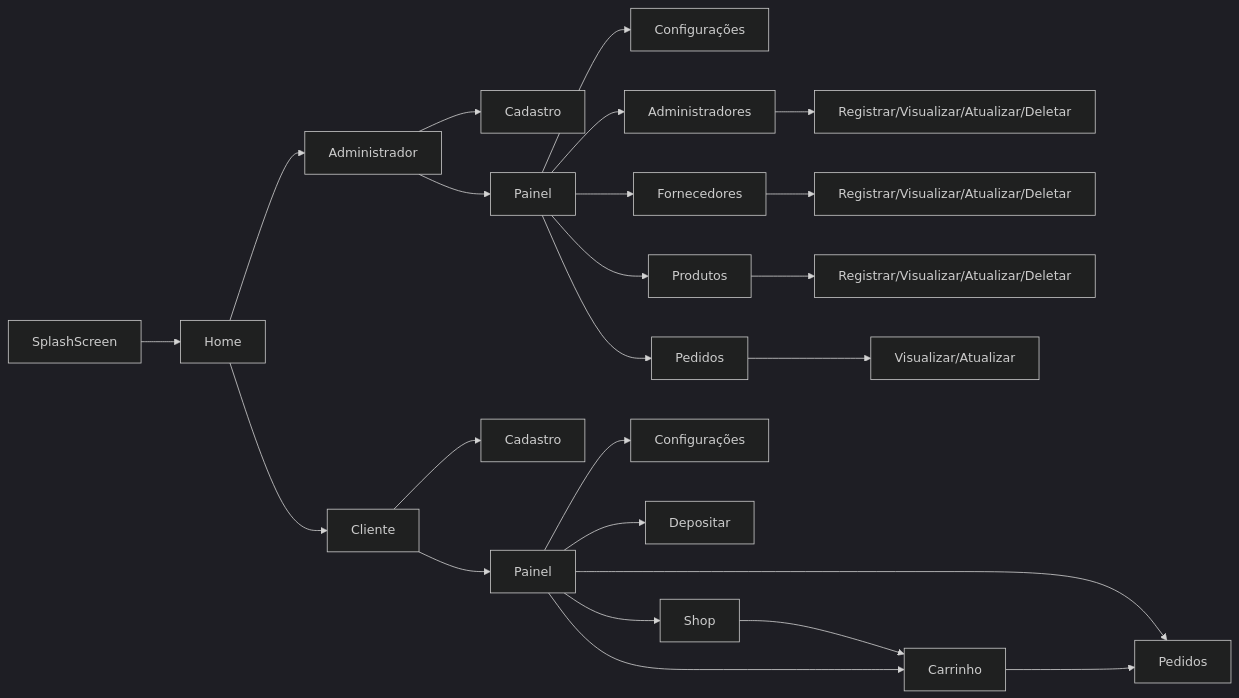
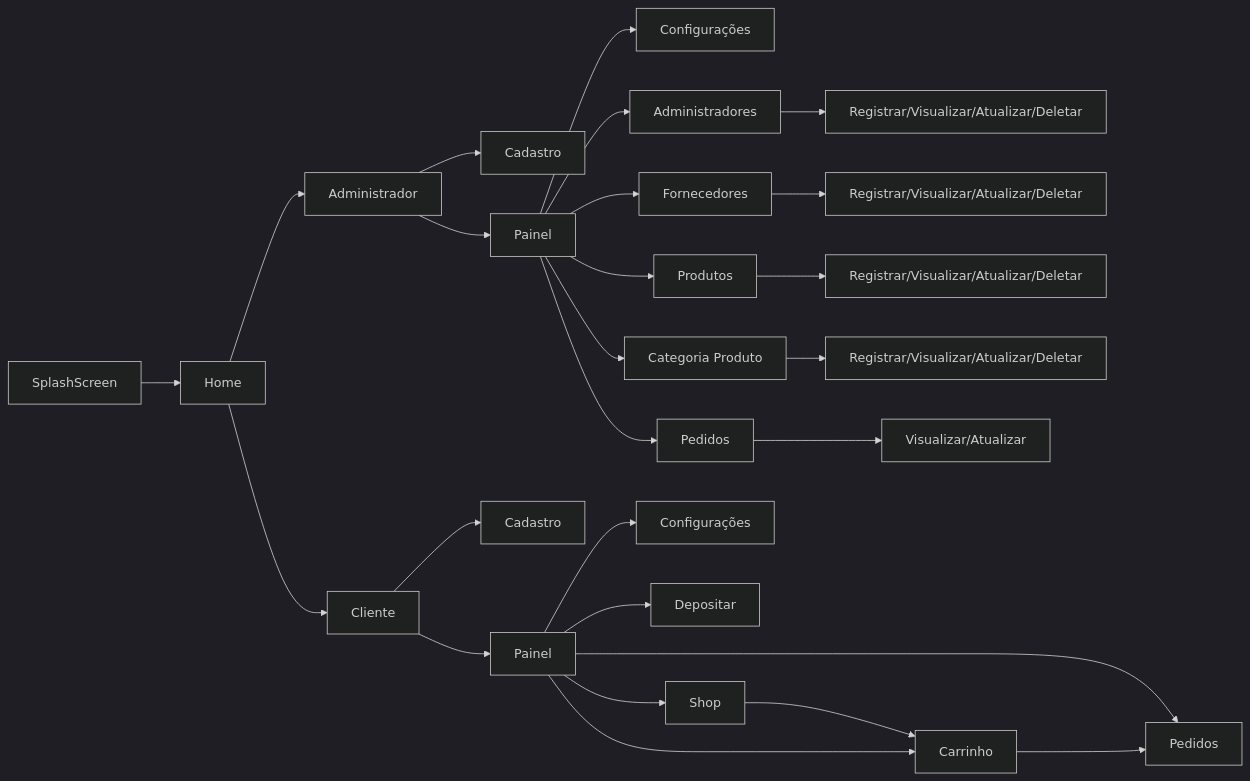
Before and after one commit to WhitePoodleMoth/TrendStyle: the diagram in Diagram/FLOWCHART.mermaid, drawn with Mermaid (dark theme).

```diff
--- a/Diagram/FLOWCHART.mermaid
+++ b/Diagram/FLOWCHART.mermaid
@@ -1,35 +1,38 @@
 graph LR
     splash[SplashScreen] --> home[Home]
 
     home --> admin[Administrador]
     home --> client[Cliente]
     
     admin --> admin_register[Cadastro]
 
     admin --> admin_panel[Painel]
 
     admin_panel --> admin_config[Configurações]
     admin_panel --> admin_admin[Administradores]
     admin_panel --> admin_vendor[Fornecedores]
     admin_panel --> admin_products[Produtos]
+    admin_panel --> admin_category[Categoria Produto]
     admin_panel --> admin_order[Pedidos]
     
     admin_admin --> admin_admin_manage[Registrar/Visualizar/Atualizar/Deletar]
     
     admin_vendor --> admin_vendor_manage[Registrar/Visualizar/Atualizar/Deletar]
 
     admin_products --> admin_products_manage[Registrar/Visualizar/Atualizar/Deletar]
+    
+    admin_category --> admin_category_manage[Registrar/Visualizar/Atualizar/Deletar]
 
     admin_order --> admin_order_manage[Visualizar/Atualizar]
     
     client --> client_register[Cadastro]
 
     client --> client_menu[Painel]
 
     client_menu --> client_config[Configurações]
     client_menu --> client_deposit[Depositar]
     client_menu --> client_shop[Shop]
     client_shop --> client_cart[Carrinho]
     client_menu --> client_cart
     client_menu --> client_order[Pedidos]
     client_cart --> client_order
```
